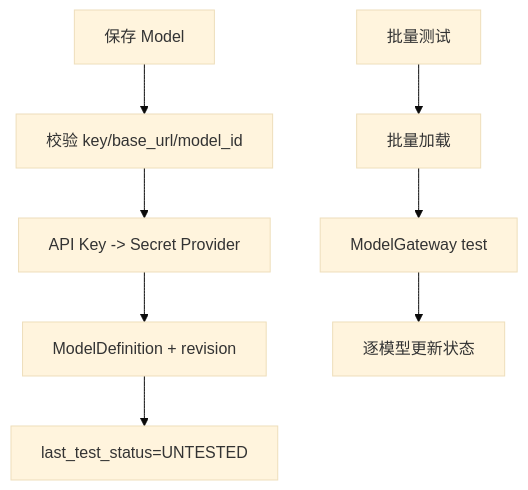
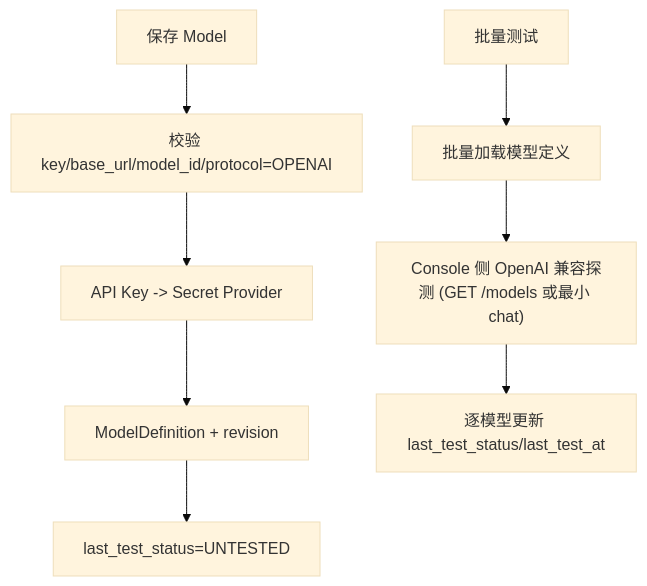
The first of 2 diagrams in .code-flow/tasks/2026-09-17/03-model-management/03-model-management.backend.design.md (Michaelxwb/fluxion-harness), drawn with Mermaid (base theme) before and after one commit. The commit also changed other lines of this file and 33 other files, not shown here.

````diff
--- a/.code-flow/tasks/2026-09-17/03-model-management/03-model-management.backend.design.md
+++ b/.code-flow/tasks/2026-09-17/03-model-management/03-model-management.backend.design.md
@@ -111,8 +136,8 @@
 ```mermaid
 flowchart TD
- A["保存 Model"] --> V["校验 key/base_url/model_id"]
+ A["保存 Model"] --> V["校验 key/base_url/model_id/protocol=OPENAI"]
  V --> S["API Key -> Secret Provider"]
  S --> DB["ModelDefinition + revision"]
  DB --> U["last_test_status=UNTESTED"]
- T["批量测试"] --> B["批量加载"] --> G["ModelGateway test"] --> R["逐模型更新状态"]
+ T["批量测试"] --> B["批量加载模型定义"] --> G["Console 侧 OpenAI 兼容探测 (GET /models 或最小 chat)"] --> R["逐模型更新 last_test_status/last_test_at"]
 ```
````
